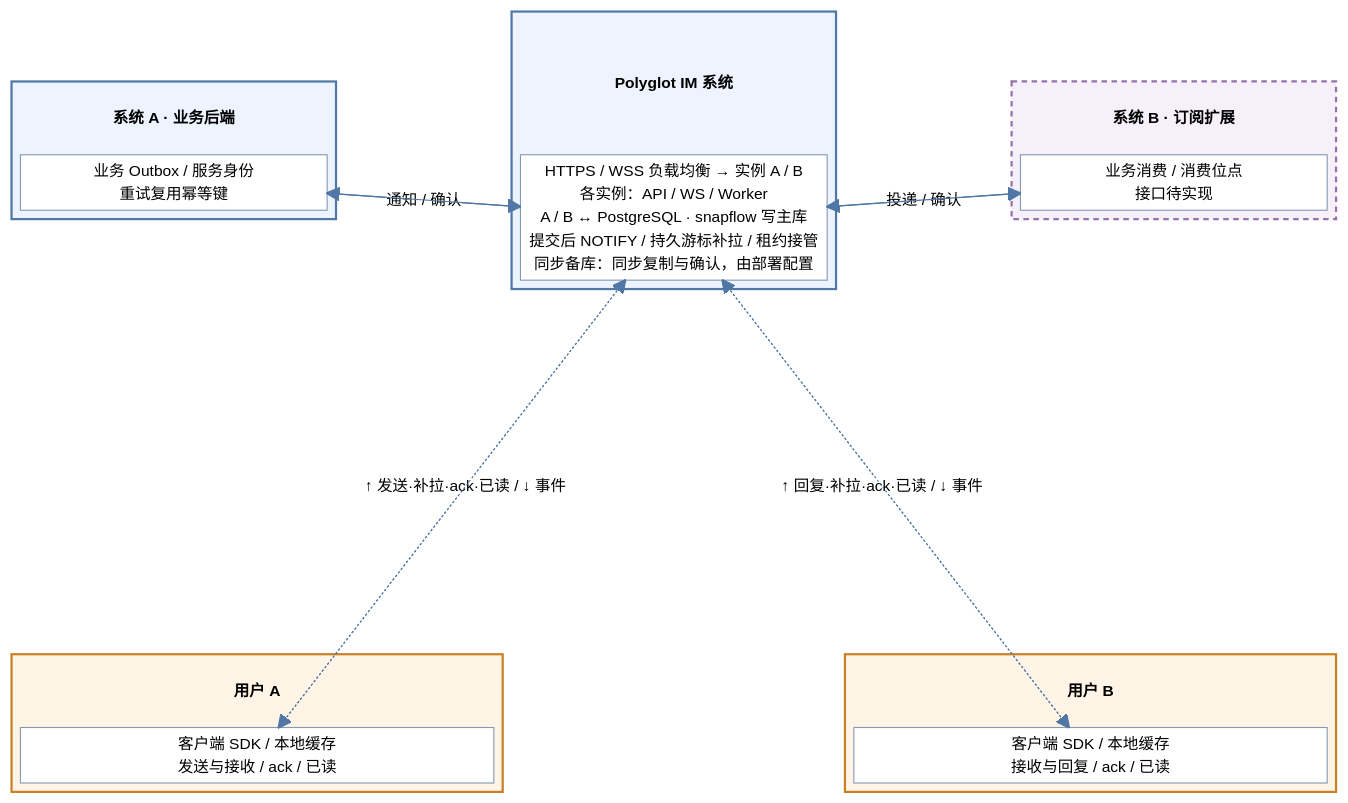
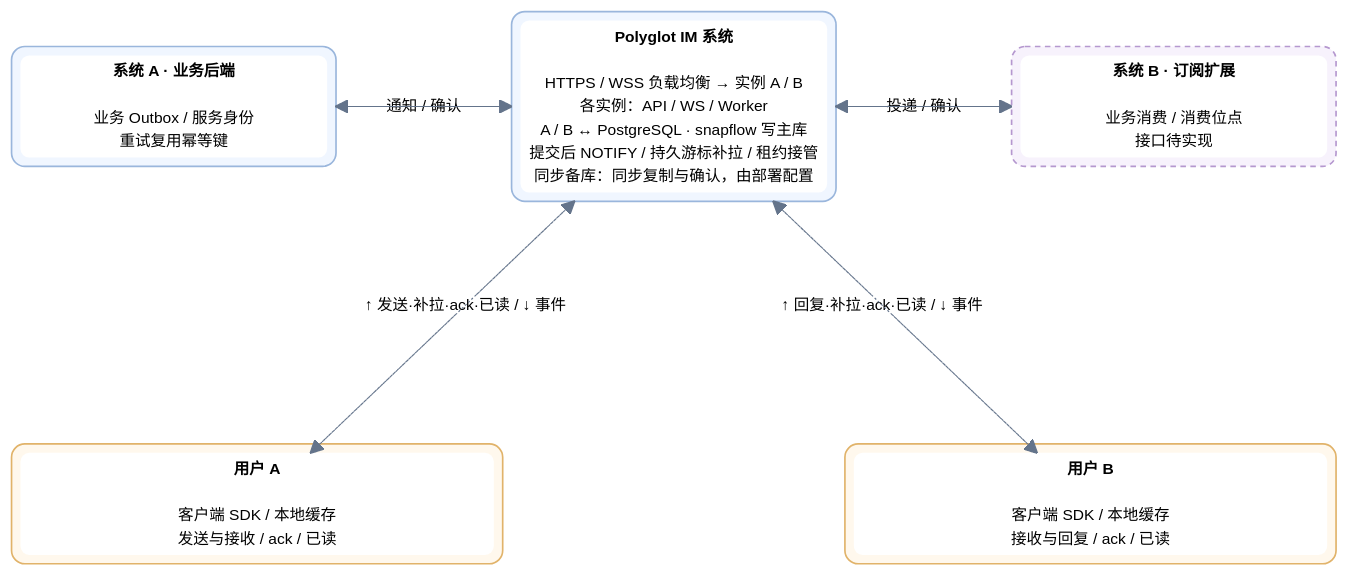
The diagram in docs/distributed.md (bitlap/polyglot-im), drawn with Mermaid before and after one commit. The commit also changed 8 other files, not shown here.

Commit message:
docs: 美化 Mermaid 图并统一直角折线

````diff
--- a/docs/distributed.md
+++ b/docs/distributed.md
@@ -7,51 +7,44 @@
 ```mermaid
-%%{init: {"theme": "base", "themeVariables": {"fontSize": "14px", "primaryColor": "#ffffff", "primaryBorderColor": "#8599b2", "primaryTextColor": "#24364b", "lineColor": "#5077a5"}, "themeCSS": ".edge-pattern-dotted { stroke: #c47a1c !important; stroke-width: 2px !important; stroke-dasharray: 4 8 !important; } .edge-pattern-solid { stroke: #5077a5 !important; }"}}%%
+%%{init: {"theme":"base","flowchart":{"curve":"stepBefore"},"themeVariables":{"fontSize":"14px","primaryColor":"#ffffff","primaryBorderColor":"#cbd5e1","primaryTextColor":"#1e293b","lineColor":"#64748b","edgeLabelBackground":"#ffffff"},"themeCSS":".edge-pattern-dotted { stroke: #d68a26 !important; stroke-width: 1.6px !important; stroke-dasharray: 5 7 !important; } .edge-pattern-solid { stroke: #64748b !important; stroke-width: 1.6px !important; } .edgeLabel rect { fill: #ffffff !important; opacity: 1 !important; rx: 5; ry: 5; } .block rect { rx: 10; ry: 10; }"}}%%
 block-beta
   columns 8
   block:Business:2
     columns 1
-    BusinessTitle["系统 A · 业务后端"]
-    SA["业务 Outbox / 服务身份<br/>重试复用幂等键"]
+    SA["<b>系统 A · 业务后端</b><br/><br/>业务 Outbox / 服务身份<br/>重试复用幂等键"]
   end
   space
   block:IM:2
     columns 1
-    IMTitle["Polyglot IM 系统"]
-    API["HTTPS / WSS 负载均衡 → 实例 A / B<br/>各实例：API / WS / Worker<br/>A / B ↔ PostgreSQL · snapflow 写主库<br/>提交后 NOTIFY / 持久游标补拉 / 租约接管<br/>同步备库：同步复制与确认，由部署配置"]
+    API["<b>Polyglot IM 系统</b><br/><br/>HTTPS / WSS 负载均衡 → 实例 A / B<br/>各实例：API / WS / Worker<br/>A / B ↔ PostgreSQL · snapflow 写主库<br/>提交后 NOTIFY / 持久游标补拉 / 租约接管<br/>同步备库：同步复制与确认，由部署配置"]
   end
   space
   block:Subscriber:2
     columns 1
-    SubscriberTitle["系统 B · 订阅扩展"]
-    SB["业务消费 / 消费位点<br/>接口待实现"]
+    SB["<b>系统 B · 订阅扩展</b><br/><br/>业务消费 / 消费位点<br/>接口待实现"]
   end
   space:8
   block:Alice:3
     columns 1
-    AliceTitle["用户 A"]
-    UA["客户端 SDK / 本地缓存<br/>发送与接收 / ack / 已读"]
+    UA["<b>用户 A</b><br/><br/>客户端 SDK / 本地缓存<br/>发送与接收 / ack / 已读"]
   end
   space:2
   block:Bob:3
     columns 1
-    BobTitle["用户 B"]
-    UB["客户端 SDK / 本地缓存<br/>接收与回复 / ack / 已读"]
+    UB["<b>用户 B</b><br/><br/>客户端 SDK / 本地缓存<br/>接收与回复 / ack / 已读"]
   end
-  SA -- "通知 / 确认" --> API
-  API --> SA
-  API -- "投递 / 确认" --> SB
-  SB --> API
-  API -. "↑ 发送·补拉·ack·已读 / ↓ 事件" .-> UA
-  UA -.-> API
-  API -. "↑ 回复·补拉·ack·已读 / ↓ 事件" .-> UB
-  UB -.-> API
-  style Business fill:#eef4ff,stroke:#5077a5,stroke-width:2px
-  style IM fill:#eef4ff,stroke:#5077a5,stroke-width:2px
-  style Subscriber fill:#f5f0fa,stroke:#9671ab,stroke-width:2px,stroke-dasharray:5 4
-  style Alice fill:#fff4e5,stroke:#c98024,stroke-width:2px
-  style Bob fill:#fff4e5,stroke:#c98024,stroke-width:2px
-  classDef title fill:none,stroke:none,font-weight:bold
-  class BusinessTitle,IMTitle,SubscriberTitle,AliceTitle,BobTitle title
-  classDef component fill:#fff,stroke:#8599b2
+  Business -- "通知 / 确认" --> IM
+  IM --> Business
+  IM -- "投递 / 确认" --> Subscriber
+  Subscriber --> IM
+  IM -. "↑ 发送·补拉·ack·已读 / ↓ 事件" .-> UA
+  UA -.-> IM
+  IM -. "↑ 回复·补拉·ack·已读 / ↓ 事件" .-> UB
+  UB -.-> IM
+  style Business fill:#f0f6ff,stroke:#9ab6dc,stroke-width:1.5px,rx:12,ry:12
+  style IM fill:#f0f6ff,stroke:#9ab6dc,stroke-width:1.5px,rx:12,ry:12
+  style Subscriber fill:#f7f2fc,stroke:#b598cf,stroke-width:1.5px,stroke-dasharray:5 4,rx:12,ry:12
+  style Alice fill:#fff8ed,stroke:#e1b36a,stroke-width:1.5px,rx:12,ry:12
+  style Bob fill:#fff8ed,stroke:#e1b36a,stroke-width:1.5px,rx:12,ry:12
+  classDef component fill:#ffffff,stroke:none,color:#475569,rx:8,ry:8
   class SA,API,SB,UA,UB component
 ```
````
